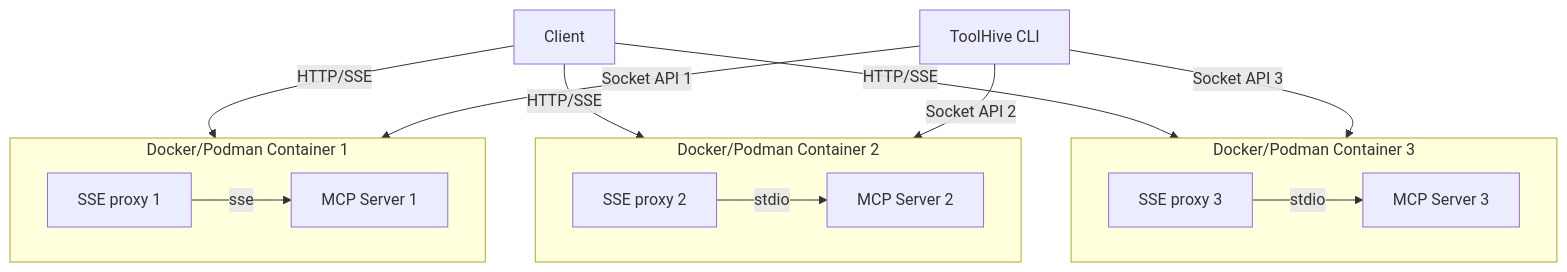
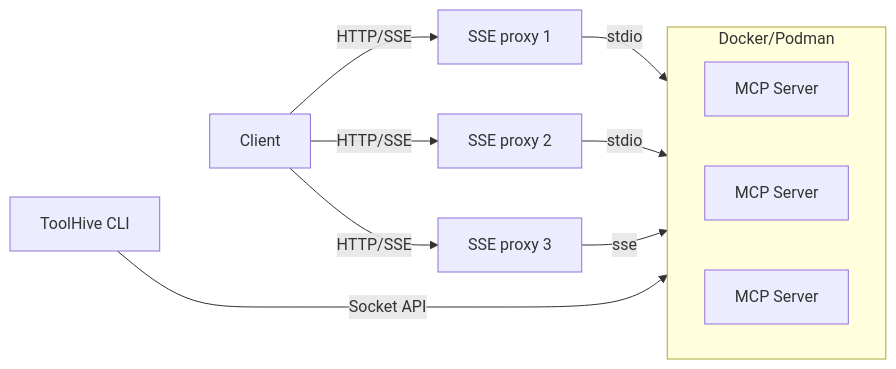
Before and after one commit to stacklok/toolhive: the diagram in README.md, drawn with Mermaid.

Commit message:
Reflect that the proxy is a local process

````diff
--- a/README.md
+++ b/README.md
@@ -178,34 +178,15 @@
 ```mermaid
-flowchart TD
-  subgraph container1[Docker/Podman Container 3]
+flowchart LR
+  subgraph container["Docker/Podman"]
     direction LR
-    proxy3[SSE proxy 3]
-    mcp3[MCP Server 3]
-    proxy3 -->|stdio| mcp3
+    mcp1["MCP Server"]
+    mcp2["MCP Server"]
+    mcp3["MCP Server"]
   end
-  
-  subgraph container2[Docker/Podman Container 2]
-    direction LR
-    proxy2[SSE proxy 2]
-    mcp2[MCP Server 2]
-    proxy2 -->|stdio| mcp2
-  end
-  
-  subgraph container3[Docker/Podman Container 1]
-    direction LR
-    proxy1[SSE proxy 1]
-    mcp1[MCP Server 1]
-    proxy1 -->|sse| mcp1
-  end
-
-  C[Client]
-  T[ToolHive CLI]
-  
-  C -->|HTTP/SSE| proxy1
-  C -->|HTTP/SSE| proxy2
-  C -->|HTTP/SSE| proxy3
-  
-  T -->|Socket API 1| container3
-  T -->|Socket API 2| container2
-  T -->|Socket API 3| container1
+    proxy1["SSE proxy 1"] -- stdio --> mcp1
+    proxy2["SSE proxy 2"] -- stdio --> mcp2
+    proxy3["SSE proxy 3"] -- sse --> mcp3
+    T["ToolHive CLI"] -- Socket API --> container
+    C["Client"] -- HTTP/SSE --> proxy1 & proxy2 & proxy3
+    T ~~~ C
 ```
````
